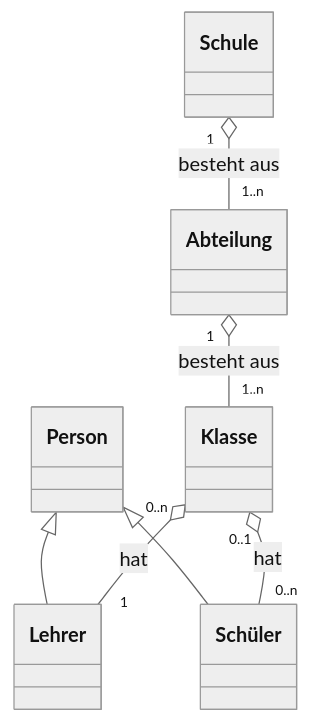
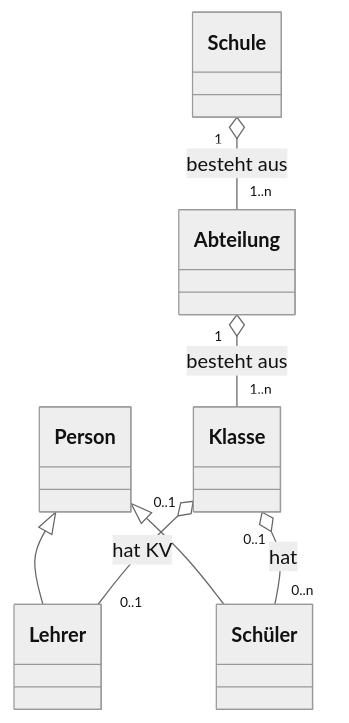
Before and after one commit to fabian-wolf09/Schule: the diagram in notes.md, drawn with Mermaid (neutral theme).

Commit message:
Updated UML

```diff
--- a/notes.md
+++ b/notes.md
@@ -14,17 +14,17 @@
 :::mermaid
 classDiagram
     Person <|-- Schüler
     Person <|-- Lehrer
 
     Schule "1" o-- "1..n" Abteilung : besteht aus
     Abteilung "1" o-- "1..n" Klasse : besteht aus
-    Klasse "0..n" o-- "1" Lehrer : hat
+    Klasse "0..1" o-- "0..1" Lehrer : hat KV
     Klasse "0..1" o-- "0..n" Schüler : hat
 
     class Person
     class Schule
     class Abteilung
     class Klasse
     class Lehrer
     class Schüler
 :::
```
